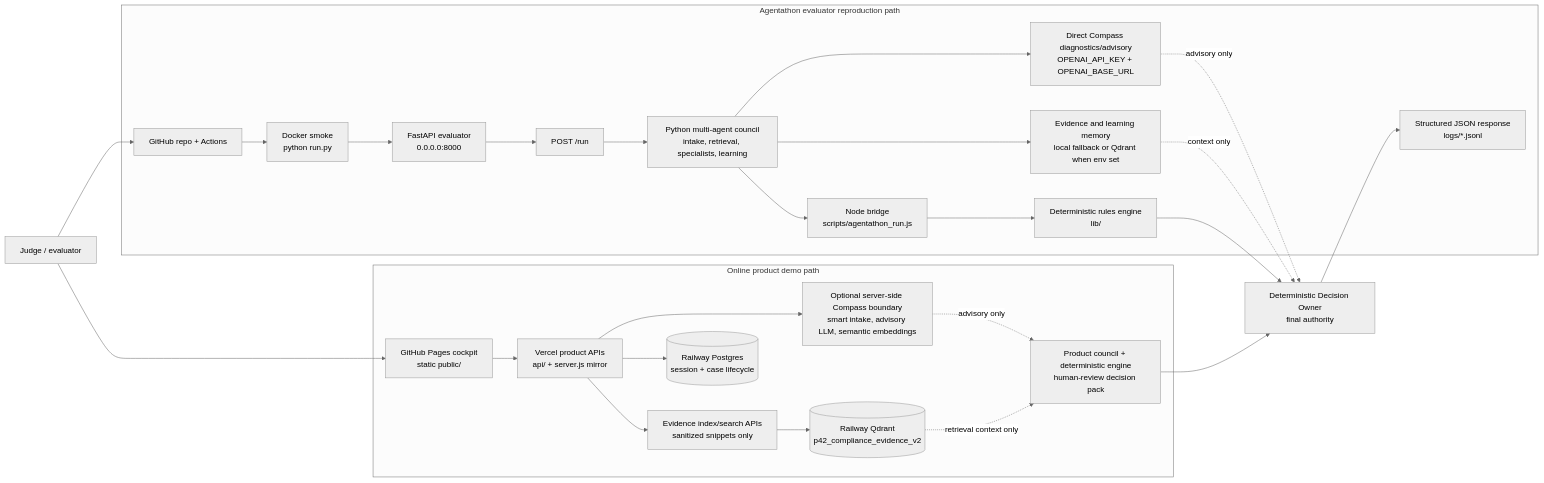
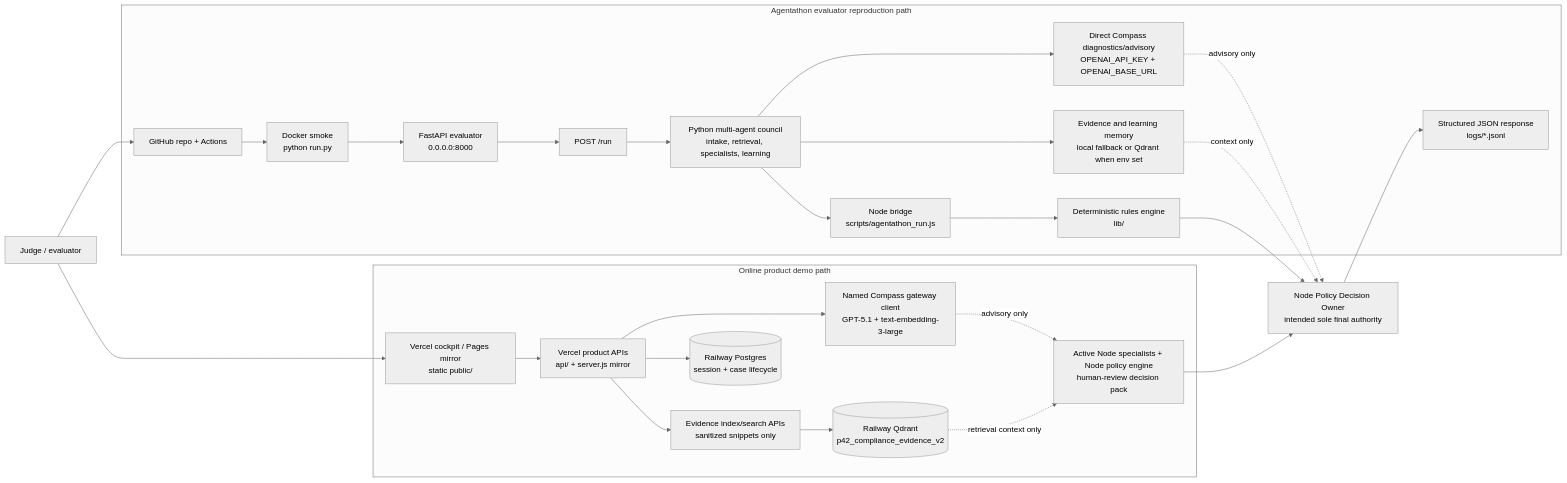
Before and after one commit to slackspac3/Parallax42-Agent-v2: the diagram in docs/AGENTATHON_SYSTEM_ARCHITECTURE.md, drawn with Mermaid (neutral theme). The commit also changed other lines of this file and 45 other files, not shown here.

````diff
--- a/docs/AGENTATHON_SYSTEM_ARCHITECTURE.md
+++ b/docs/AGENTATHON_SYSTEM_ARCHITECTURE.md
@@ -40,53 +42,53 @@
 ```mermaid
 flowchart LR
   Judge["Judge / evaluator"]
 
   subgraph OnlineProduct["Online product demo path"]
-    Pages["GitHub Pages cockpit<br/>static public/"]
+    Pages["Vercel cockpit / Pages mirror<br/>static public/"]
     Vercel["Vercel product APIs<br/>api/ + server.js mirror"]
-    Gateway["Optional server-side Compass boundary<br/>smart intake, advisory LLM, semantic embeddings"]
+    Gateway["Named Compass gateway client<br/>GPT-5.1 + text-embedding-3-large"]
     EvidenceAPI["Evidence index/search APIs<br/>sanitized snippets only"]
     Postgres[("Railway Postgres<br/>session + case lifecycle")]
     Qdrant[("Railway Qdrant<br/>p42_compliance_evidence_v2")]
-    ProductCouncil["Product council + deterministic engine<br/>human-review decision pack"]
+    ProductCouncil["Active Node specialists + Node policy engine<br/>human-review decision pack"]
   end
 
   subgraph EvaluatorPath["Agentathon evaluator reproduction path"]
     Repo["GitHub repo + Actions"]
     Docker["Docker smoke<br/>python run.py"]
     FastAPI["FastAPI evaluator<br/>0.0.0.0:8000"]
     Run["POST /run"]
     Council["Python multi-agent council<br/>intake, retrieval, specialists, learning"]
     DirectCompass["Direct Compass diagnostics/advisory<br/>OPENAI_API_KEY + OPENAI_BASE_URL"]
     Memory["Evidence and learning memory<br/>local fallback or Qdrant when env set"]
     Bridge["Node bridge<br/>scripts/agentathon_run.js"]
     Rules["Deterministic rules engine<br/>lib/"]
     Logs["Structured JSON response<br/>logs/*.jsonl"]
   end
 
-  Owner["Deterministic Decision Owner<br/>final authority"]
+  Owner["Node Policy Decision Owner<br/>intended sole final authority"]
 
   Judge --> Pages
   Pages --> Vercel
   Vercel --> Gateway
   Vercel --> EvidenceAPI
   Vercel --> Postgres
   EvidenceAPI --> Qdrant
   Gateway -. "advisory only" .-> ProductCouncil
   Qdrant -. "retrieval context only" .-> ProductCouncil
   ProductCouncil --> Owner
 
   Judge --> Repo
   Repo --> Docker
   Docker --> FastAPI
   FastAPI --> Run
   Run --> Council
   Council --> DirectCompass
   Council --> Memory
   Council --> Bridge
   Bridge --> Rules
   DirectCompass -. "advisory only" .-> Owner
   Memory -. "context only" .-> Owner
   Rules --> Owner
   Owner --> Logs
 ```
````
